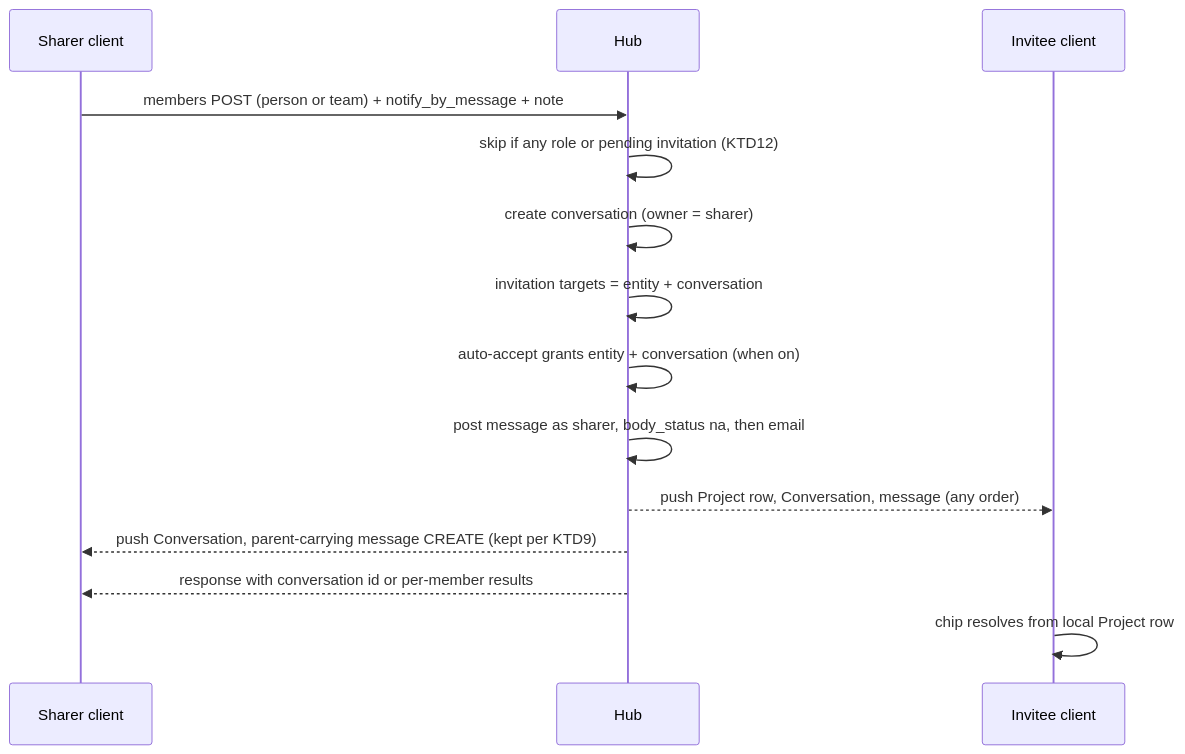
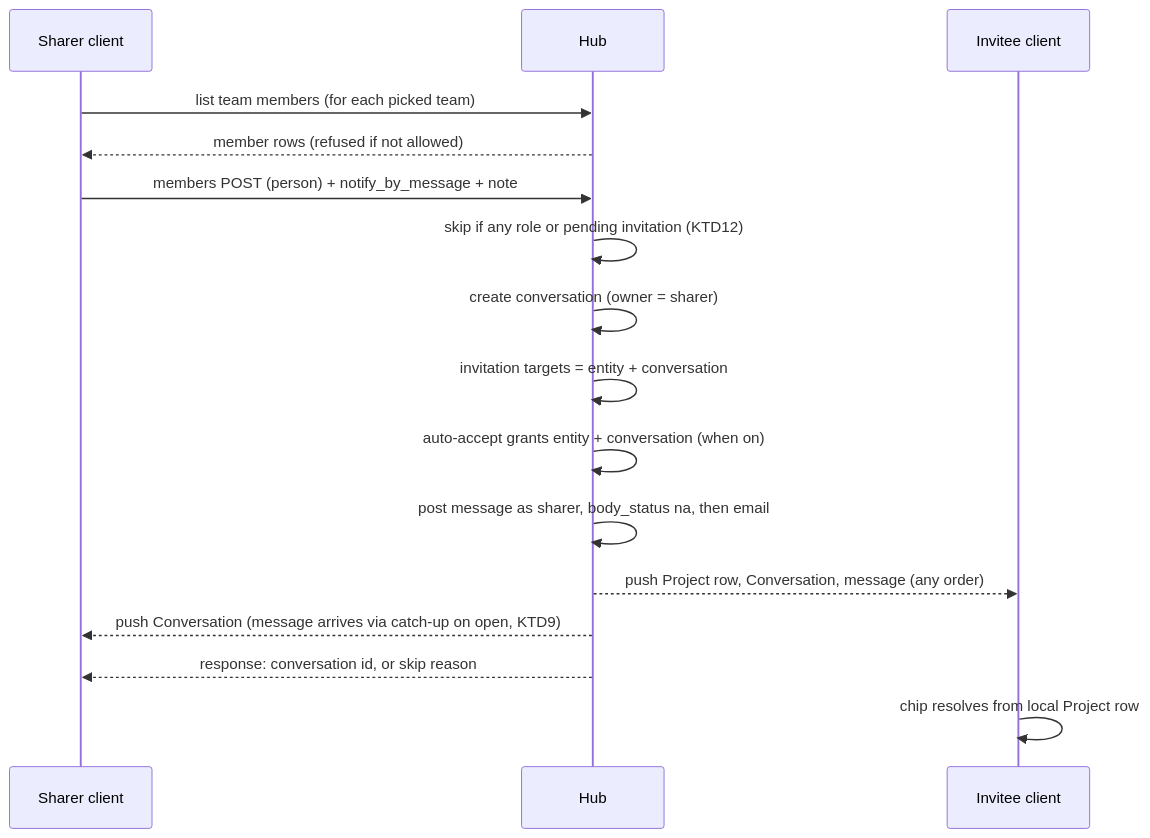
The fourth of 6 diagrams in docs/plans/2026-09-27-1240-feat-project-share-invite-thread-plan.md (langware-labs/flowpad), drawn with Mermaid before and after one commit. The commit also changed other lines of this file and 56 other files, not shown here.

First line of the commit message:
FLOWPAD-2168: Project invite message + Install project chip, teams in the members popover

````diff
--- a/docs/plans/2026-09-27-1240-feat-project-share-invite-thread-plan.md
+++ b/docs/plans/2026-09-27-1240-feat-project-share-invite-thread-plan.md
@@ -293,16 +226,18 @@
 ```mermaid
 sequenceDiagram
   participant SC as Sharer client
   participant H as Hub
   participant IC as Invitee client
-  SC->>H: members POST (person or team) + notify_by_message + note
+  SC->>H: list team members (for each picked team)
+  H-->>SC: member rows (refused if not allowed)
+  SC->>H: members POST (person) + notify_by_message + note
   H->>H: skip if any role or pending invitation (KTD12)
   H->>H: create conversation (owner = sharer)
   H->>H: invitation targets = entity + conversation
   H->>H: auto-accept grants entity + conversation (when on)
   H->>H: post message as sharer, body_status na, then email
   H-->>IC: push Project row, Conversation, message (any order)
-  H-->>SC: push Conversation, parent-carrying message CREATE (kept per KTD9)
-  H-->>SC: response with conversation id or per-member results
+  H-->>SC: push Conversation (message arrives via catch-up on open, KTD9)
+  H-->>SC: response: conversation id, or skip reason
   IC->>IC: chip resolves from local Project row
 ```
````
